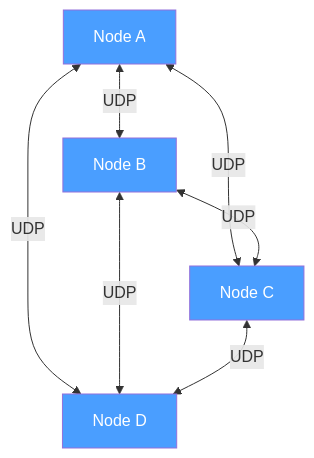
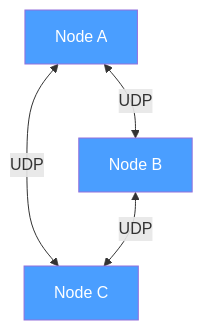
One commit to Fastcode/NUClear changed the first of 12 diagrams in docs/explanation/nuclearnet.md. Above: the diagram before and after it, drawn with Mermaid.

Commit message:
Make a clean triangle

````diff
--- a/docs/explanation/nuclearnet.md
+++ b/docs/explanation/nuclearnet.md
@@ -8,14 +8,10 @@
 ```mermaid
 graph TD
     A[Node A] <-->|UDP| B[Node B]
     A <-->|UDP| C[Node C]
-    A <-->|UDP| D[Node D]
     B <-->|UDP| C
-    B <-->|UDP| D
-    C <-->|UDP| D
 
     style A fill:#4a9eff,color:#fff
     style B fill:#4a9eff,color:#fff
     style C fill:#4a9eff,color:#fff
-    style D fill:#4a9eff,color:#fff
 ```
````
